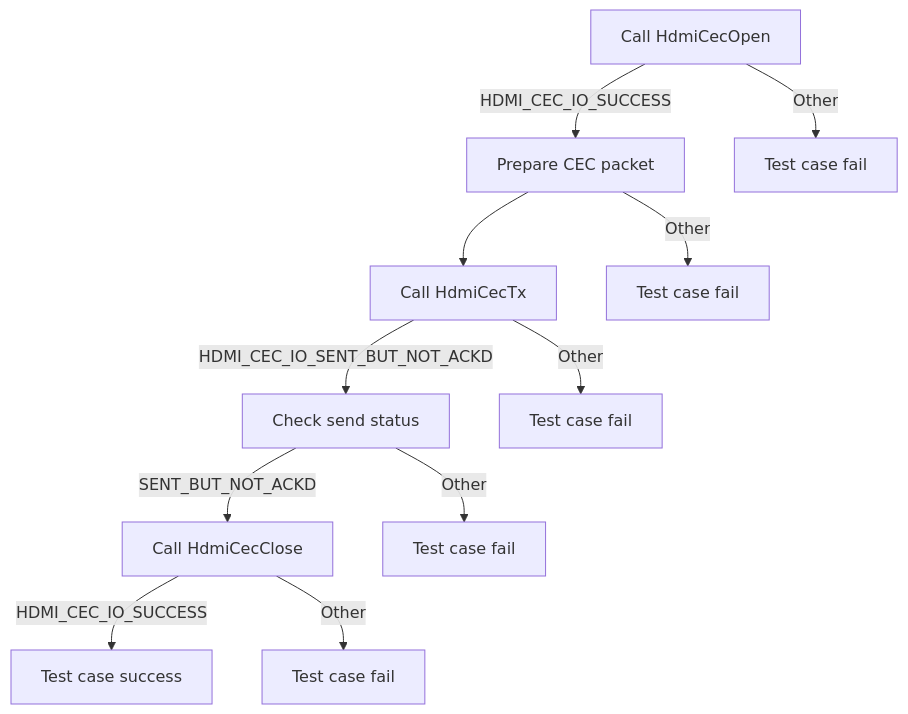
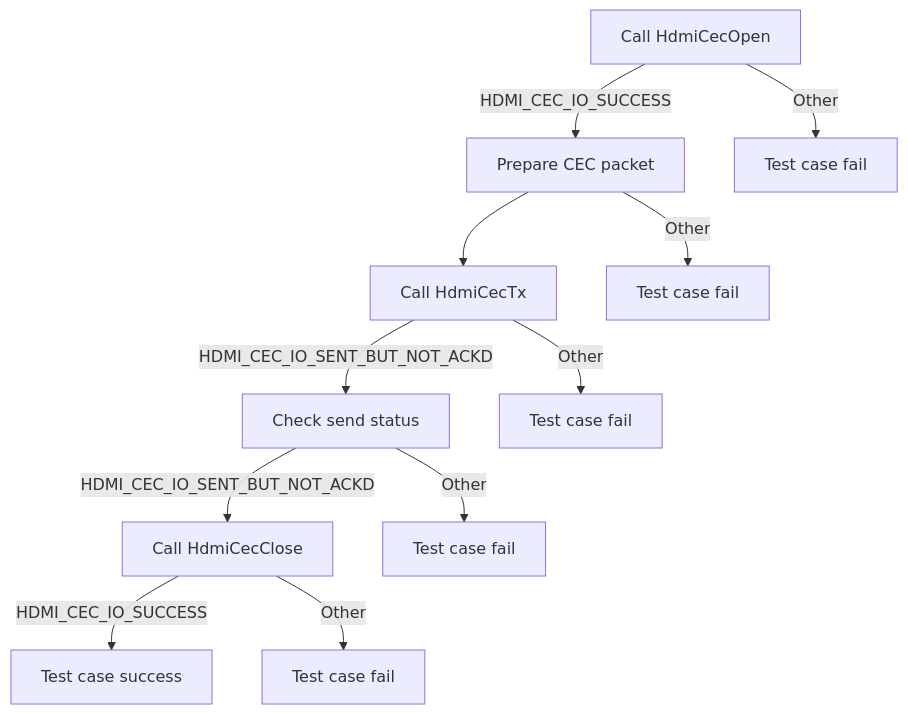
One commit to rdkcentral/rdk-halif-test-hdmi_cec changed the sixth of 6 diagrams in docs/pages/l2_hdmi_cec_driver_test_specification.md. Above: the diagram before and after it, drawn with Mermaid. The commit also changed other lines of this file and 1 other file, not shown here.

Commit message:
Develop HDMI CEC L2 test suite Updated the error code

````diff
--- a/docs/pages/l2_hdmi_cec_driver_test_specification.md
+++ b/docs/pages/l2_hdmi_cec_driver_test_specification.md
@@ -302,13 +302,13 @@
 ```mermaid
 graph TB
 A[Call HdmiCecOpen] -->|HDMI_CEC_IO_SUCCESS| B[Prepare CEC packet]
 A -->|Other| A1[Test case fail]
 B --> C[Call HdmiCecTx]
 B -->|Other| B1[Test case fail]
 C -->|HDMI_CEC_IO_SENT_BUT_NOT_ACKD| D[Check send status]
 C -->|Other| C1[Test case fail]
-D -->|SENT_BUT_NOT_ACKD| E[Call HdmiCecClose]
+D -->|HDMI_CEC_IO_SENT_BUT_NOT_ACKD| E[Call HdmiCecClose]
 D -->|Other| D1[Test case fail]
 E -->|HDMI_CEC_IO_SUCCESS| F[Test case success]
 E -->|Other| E1[Test case fail]
 ```
````
